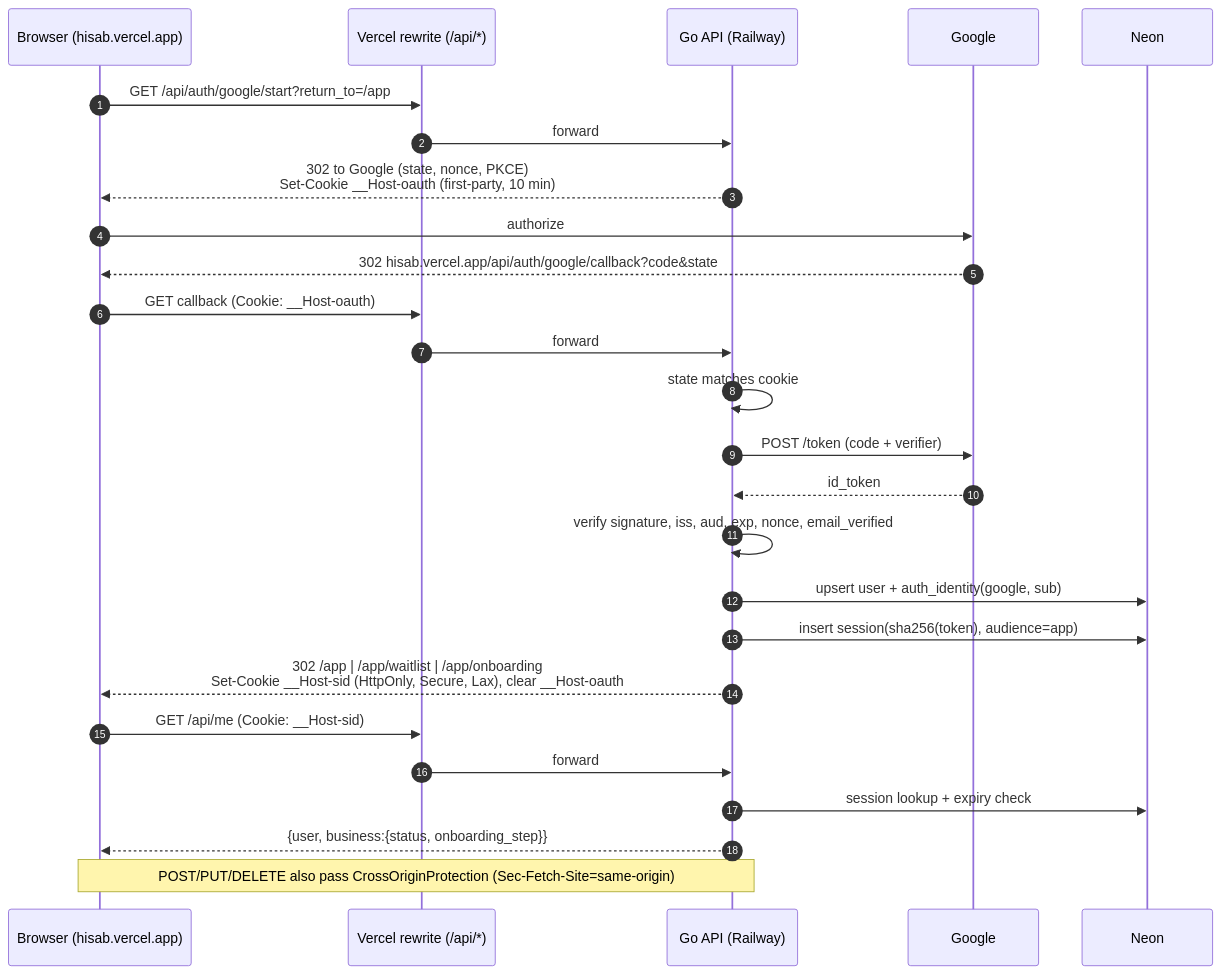
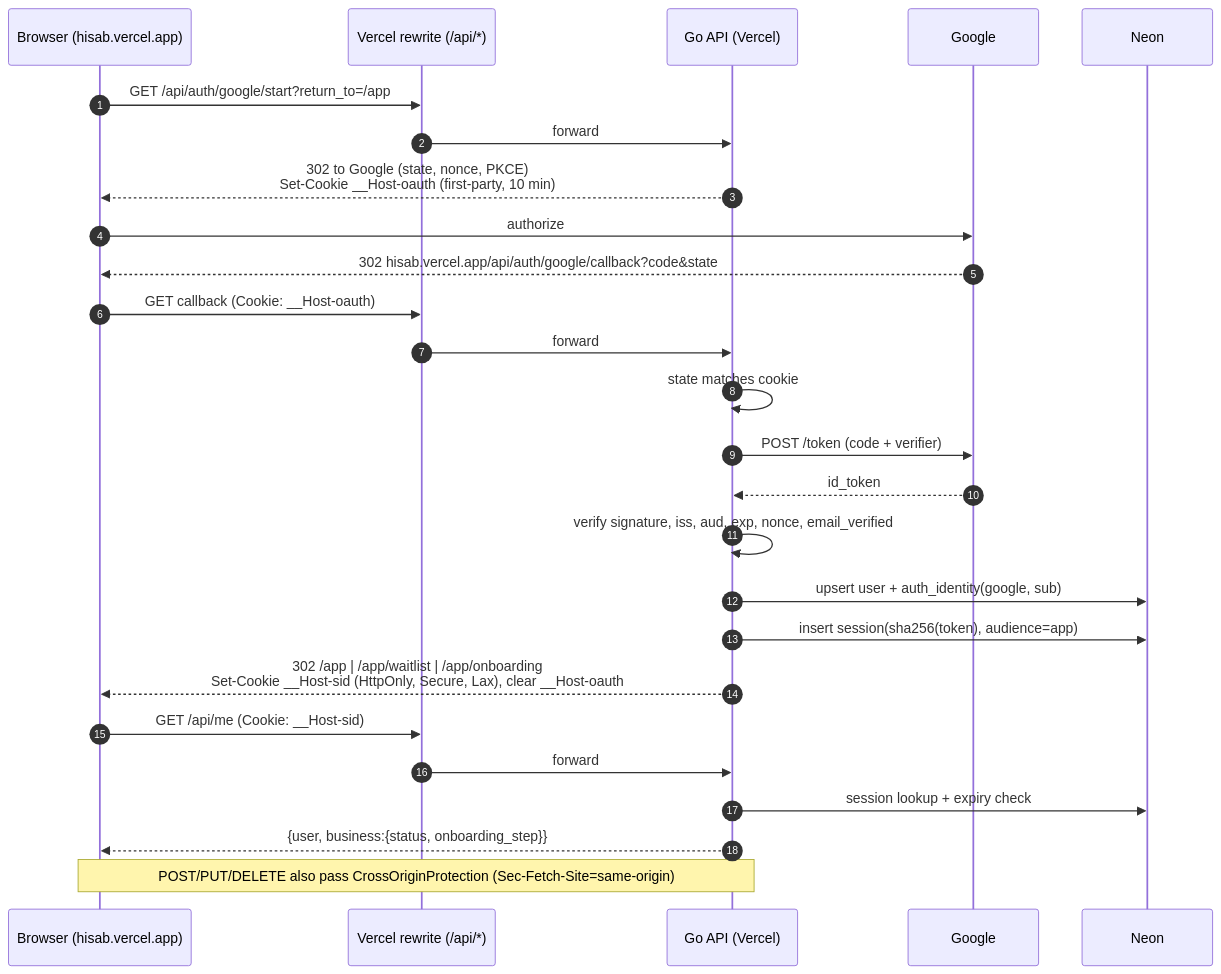
One commit to vansh-commits/Hisab changed the second of 2 diagrams in docs/architecture.md. Above: the diagram before and after it, drawn with Mermaid. The commit also changed other lines of this file and 11 other files, not shown here.

````diff
--- a/docs/architecture.md
+++ b/docs/architecture.md
@@ -165,29 +165,29 @@
 ```mermaid
 sequenceDiagram
   autonumber
   participant B as Browser (hisab.vercel.app)
   participant V as Vercel rewrite (/api/*)
-  participant API as Go API (Railway)
+  participant API as Go API (Vercel)
   participant G as Google
   participant DB as Neon
 
   B->>V: GET /api/auth/google/start?return_to=/app
   V->>API: forward
   API-->>B: 302 to Google (state, nonce, PKCE)<br/>Set-Cookie __Host-oauth (first-party, 10 min)
   B->>G: authorize
   G-->>B: 302 hisab.vercel.app/api/auth/google/callback?code&state
   B->>V: GET callback (Cookie: __Host-oauth)
   V->>API: forward
   API->>API: state matches cookie
   API->>G: POST /token (code + verifier)
   G-->>API: id_token
   API->>API: verify signature, iss, aud, exp, nonce, email_verified
   API->>DB: upsert user + auth_identity(google, sub)
   API->>DB: insert session(sha256(token), audience=app)
   API-->>B: 302 /app | /app/waitlist | /app/onboarding<br/>Set-Cookie __Host-sid (HttpOnly, Secure, Lax), clear __Host-oauth
   B->>V: GET /api/me (Cookie: __Host-sid)
   V->>API: forward
   API->>DB: session lookup + expiry check
   API-->>B: {user, business:{status, onboarding_step}}
   Note over B,API: POST/PUT/DELETE also pass CrossOriginProtection (Sec-Fetch-Site=same-origin)
 ```
````
